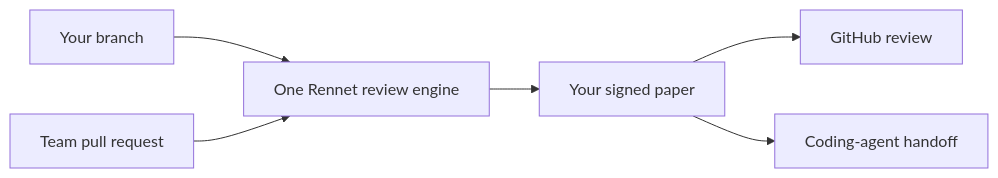
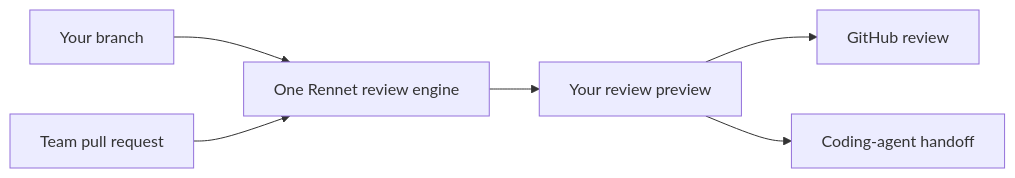
One commit to rbutera/Rennet changed the diagram in docs/src/content/docs/using/index.md. Above: the diagram before and after it, drawn with Mermaid. The commit also changed other lines of this file and 53 other files, not shown here.

First line of the commit message:
refactor(language): drop the paper/signing metaphor entirely — preview → post (Rai, 2026-08-18)

````diff
--- a/docs/src/content/docs/using/index.md
+++ b/docs/src/content/docs/using/index.md
@@ -21,8 +21,8 @@
 ```mermaid
 flowchart LR
   yours[Your branch] --> review[One Rennet review engine]
   team[Team pull request] --> review
-  review --> paper[Your signed paper]
-  paper --> github[GitHub review]
-  paper --> agent[Coding-agent handoff]
+  review --> preview[Your review preview]
+  preview --> github[GitHub review]
+  preview --> agent[Coding-agent handoff]
 ```
````
